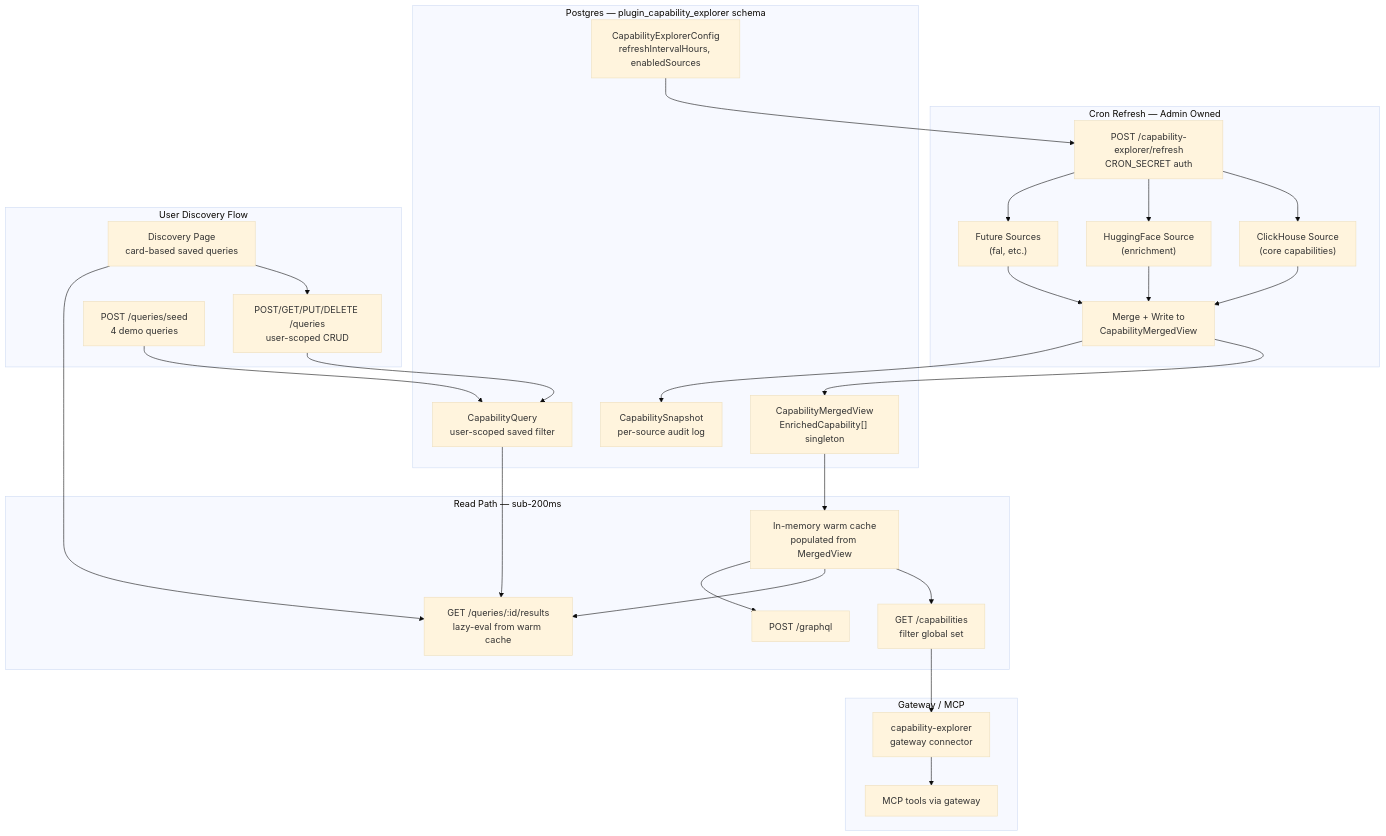
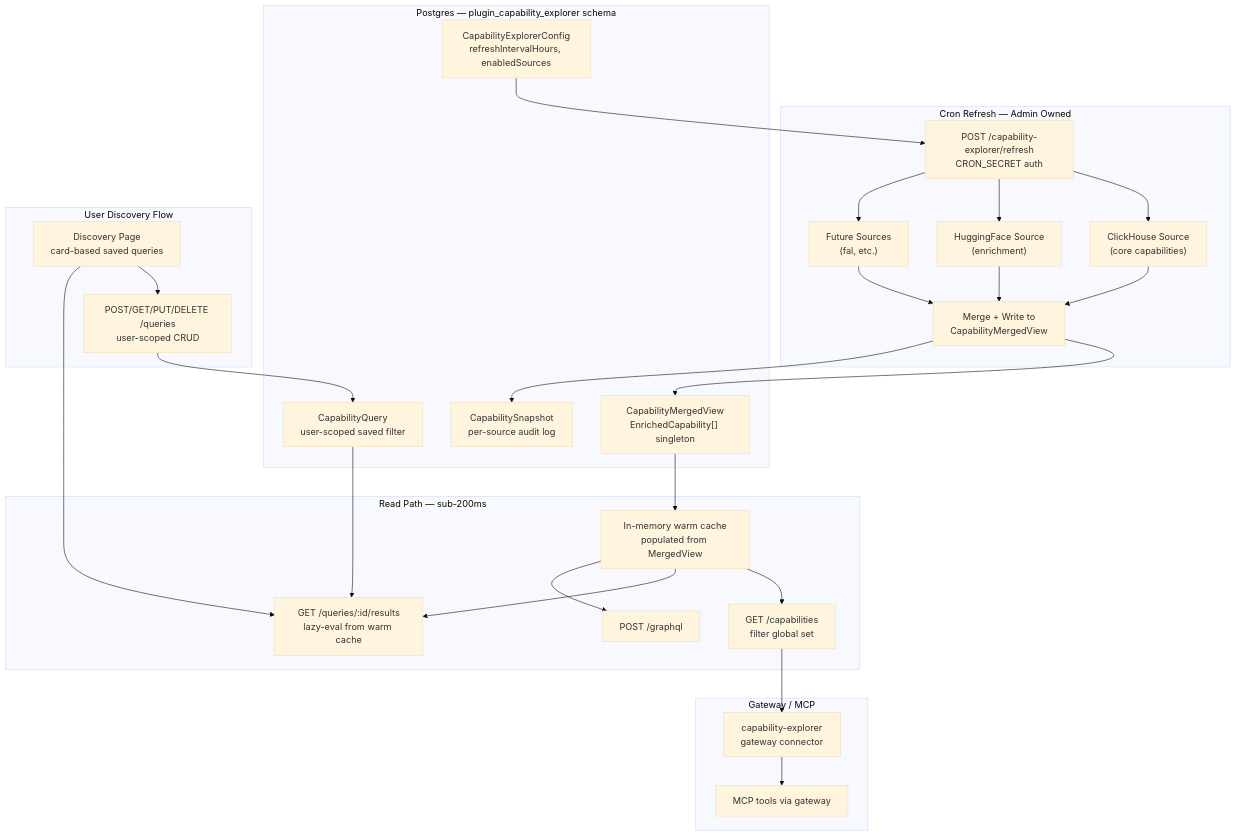
Before and after one commit to livepeer/naap: the diagram in plugins/capability-explorer/docs/architecture.md, drawn with Mermaid (base theme). The commit also changed other lines of this file and 37 other files, not shown here.

````diff
--- a/plugins/capability-explorer/docs/architecture.md
+++ b/plugins/capability-explorer/docs/architecture.md
@@ -9,59 +9,57 @@
 ```mermaid
 graph TB
   subgraph cronRefresh [Cron Refresh — Admin Owned]
     CronRoute["POST /capability-explorer/refresh<br/>CRON_SECRET auth"]
     ClickHouseSource["ClickHouse Source<br/>(core capabilities)"]
     HuggingFaceSource["HuggingFace Source<br/>(enrichment)"]
     FutureSource["Future Sources<br/>(fal, etc.)"]
     MergeEngine["Merge + Write to<br/>CapabilityMergedView"]
   end
 
   subgraph postgres [Postgres — plugin_capability_explorer schema]
     Config["CapabilityExplorerConfig<br/>refreshIntervalHours, enabledSources"]
     MergedView["CapabilityMergedView<br/>EnrichedCapability[] singleton"]
     Snapshot["CapabilitySnapshot<br/>per-source audit log"]
     UserQuery["CapabilityQuery<br/>user-scoped saved filter"]
   end
 
   subgraph readPath [Read Path — sub-200ms]
     WarmCache["In-memory warm cache<br/>populated from MergedView"]
     ListAPI["GET /capabilities<br/>filter global set"]
     QueryResults["GET /queries/:id/results<br/>lazy-eval from warm cache"]
     GQLAPI["POST /graphql"]
   end
 
   subgraph userFlow [User Discovery Flow]
     QueryCRUD["POST/GET/PUT/DELETE /queries<br/>user-scoped CRUD"]
-    SeedDemo["POST /queries/seed<br/>4 demo queries"]
     DiscoveryUI["Discovery Page<br/>card-based saved queries"]
   end
 
   subgraph gateway [Gateway / MCP]
     GWConnector["capability-explorer<br/>gateway connector"]
     MCPTools["MCP tools via gateway"]
   end
 
   CronRoute --> ClickHouseSource
   CronRoute --> HuggingFaceSource
   CronRoute --> FutureSource
   ClickHouseSource --> MergeEngine
   HuggingFaceSource --> MergeEngine
   FutureSource --> MergeEngine
   MergeEngine --> MergedView
   MergeEngine --> Snapshot
   Config --> CronRoute
 
   MergedView --> WarmCache
   WarmCache --> ListAPI
   WarmCache --> QueryResults
   WarmCache --> GQLAPI
 
   QueryCRUD --> UserQuery
-  SeedDemo --> UserQuery
   UserQuery --> QueryResults
   DiscoveryUI --> QueryCRUD
   DiscoveryUI --> QueryResults
 
   ListAPI --> GWConnector
   GWConnector --> MCPTools
 ```
````
